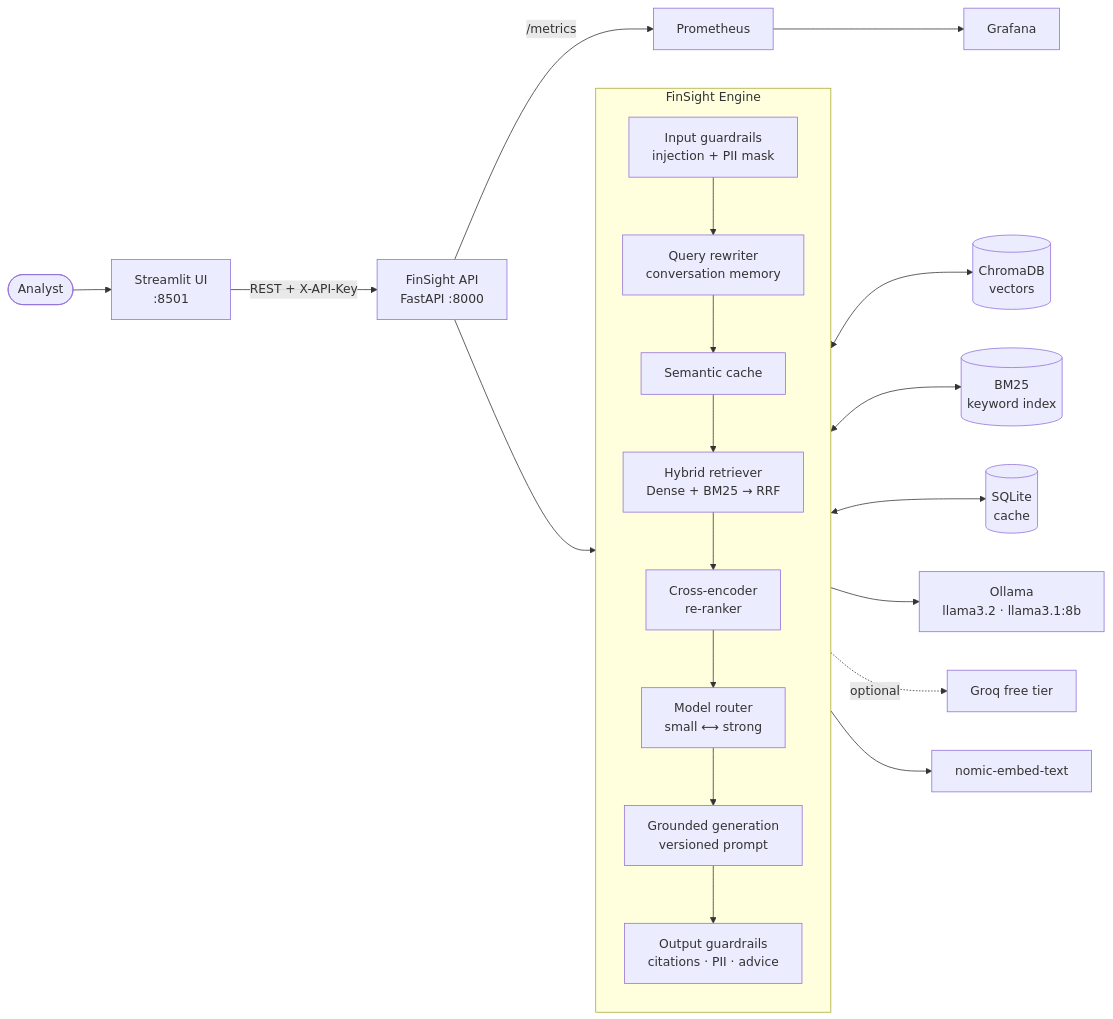
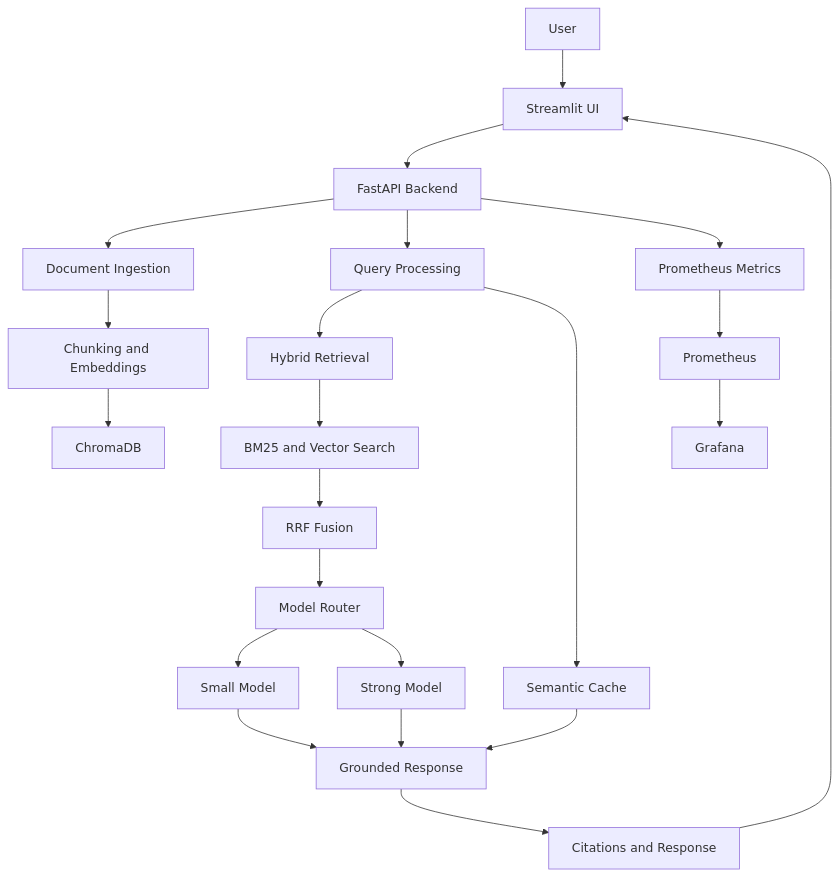
Before and after one commit to st-devsecops/GenAI: the diagram in Capstone-1-FinSight-AI/README.md, drawn with Mermaid. The commit also changed other lines of this file, not shown here.

````diff
--- a/Capstone-1-FinSight-AI/README.md
+++ b/Capstone-1-FinSight-AI/README.md
@@ -138,27 +147,31 @@
 ```mermaid
-flowchart LR
-    User([Analyst]) --> UI[Streamlit UI<br/>:8501]
-    UI -->|REST + X-API-Key| API[FinSight API<br/>FastAPI :8000]
+flowchart TD
+    A[User] --> B[Streamlit UI]
+    B --> C[FastAPI Backend]
 
-    subgraph Engine[FinSight Engine]
-        direction TB
-        G1[Input guardrails<br/>injection + PII mask]
-        MEM[Query rewriter<br/>conversation memory]
-        C[Semantic cache]
-        R[Hybrid retriever<br/>Dense + BM25 → RRF]
-        RR[Cross-encoder<br/>re-ranker]
-        RT[Model router<br/>small ⟷ strong]
-        GEN[Grounded generation<br/>versioned prompt]
-        G2[Output guardrails<br/>citations · PII · advice]
-        G1 --> MEM --> C --> R --> RR --> RT --> GEN --> G2
-    end
+    C --> D[Document Ingestion]
+    D --> E[Chunking and Embeddings]
+    E --> F[ChromaDB]
 
-    API --> Engine
-    R <--> VDB[(ChromaDB<br/>vectors)]
-    R <--> BM[(BM25<br/>keyword index)]
-    C <--> SQL[(SQLite<br/>cache)]
-    RT --> OL[Ollama<br/>llama3.2 · llama3.1:8b]
-    RT -.optional.-> GQ[Groq free tier]
-    GEN --> EMB[nomic-embed-text]
-    API -->|/metrics| PROM[Prometheus] --> GRAF[Grafana]
+    C --> G[Query Processing]
+    G --> H[Hybrid Retrieval]
+    H --> I[BM25 and Vector Search]
+    I --> J[RRF Fusion]
+
+    J --> K[Model Router]
+    K --> L[Small Model]
+    K --> M[Strong Model]
+
+    L --> N[Grounded Response]
+    M --> N
+
+    G --> O[Semantic Cache]
+    O --> N
+
+    N --> P[Citations and Response]
+    P --> B
+
+    C --> Q[Prometheus Metrics]
+    Q --> R[Prometheus]
+    R --> S[Grafana]
 ```
````
